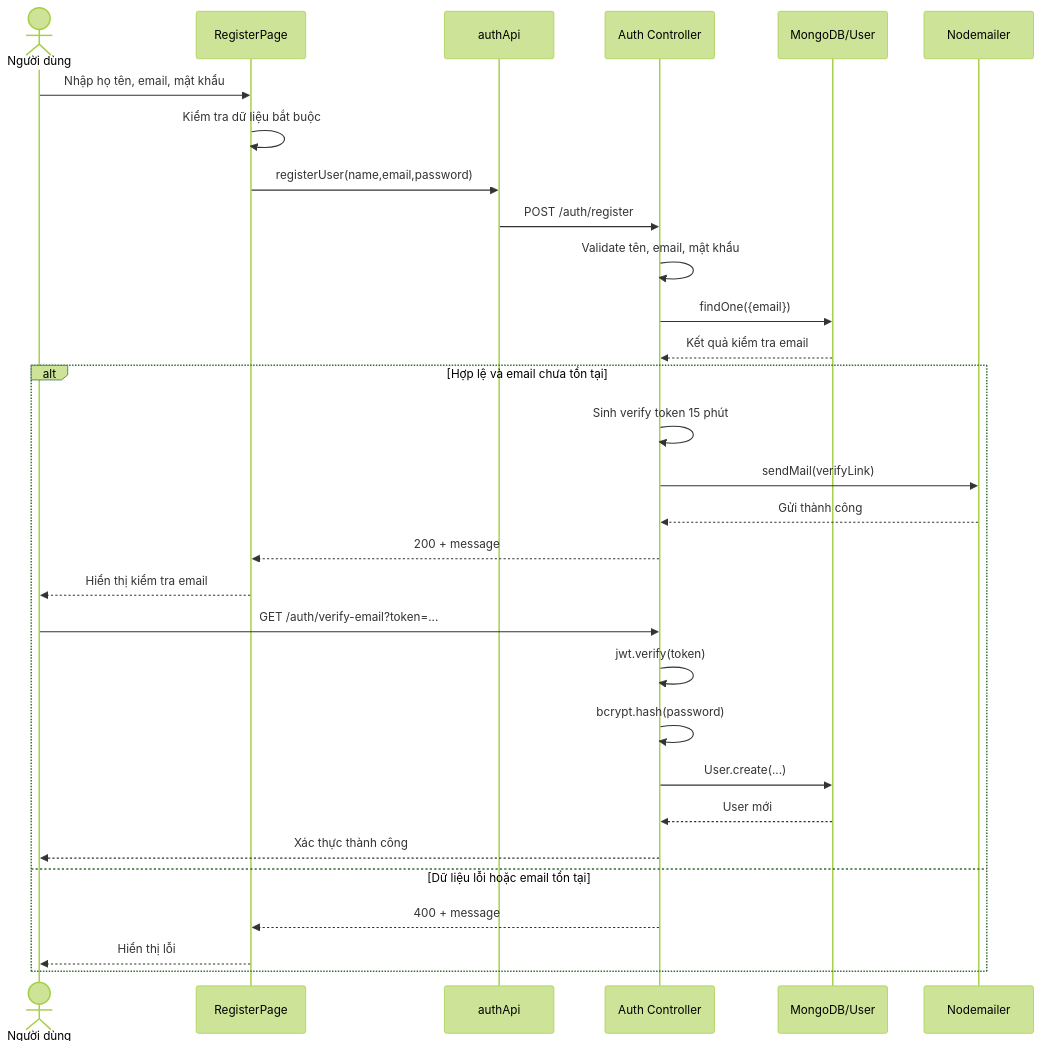
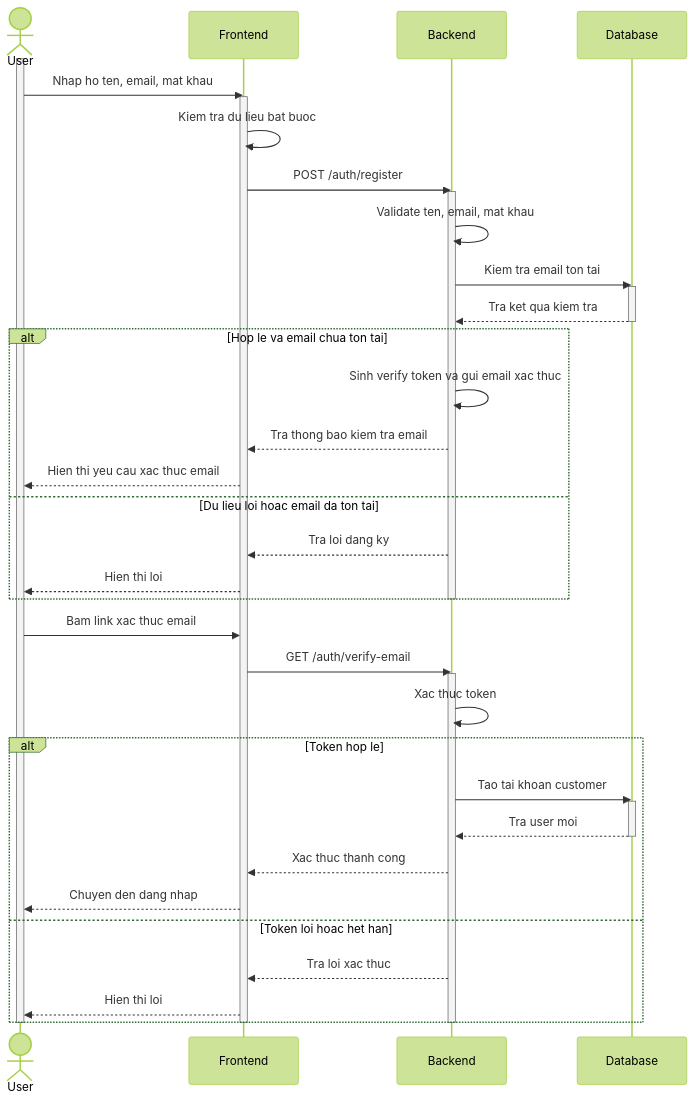
One commit to Pvmvn/BE-CDTN changed the tenth of 48 diagrams in docs/usecase-dac-ta-chuc-nang-con-lai.md. Above: the diagram before and after it, drawn with Mermaid (forest theme). The commit also changed other lines of this file and 32 other files, not shown here.

````diff
--- a/docs/usecase-dac-ta-chuc-nang-con-lai.md
+++ b/docs/usecase-dac-ta-chuc-nang-con-lai.md
@@ -76,32 +1208,47 @@
 ```mermaid
 sequenceDiagram
-  actor User as Người dùng
-  participant FE as RegisterPage
-  participant AuthAPI as authApi
-  participant Auth as Auth Controller
-  participant DB as MongoDB/User
-  participant Mail as Nodemailer
-  User->>FE: Nhập họ tên, email, mật khẩu
-  FE->>FE: Kiểm tra dữ liệu bắt buộc
-  FE->>AuthAPI: registerUser(name,email,password)
-  AuthAPI->>Auth: POST /auth/register
-  Auth->>Auth: Validate tên, email, mật khẩu
-  Auth->>DB: findOne({email})
-  DB-->>Auth: Kết quả kiểm tra email
-  alt Hợp lệ và email chưa tồn tại
-    Auth->>Auth: Sinh verify token 15 phút
-    Auth->>Mail: sendMail(verifyLink)
-    Mail-->>Auth: Gửi thành công
-    Auth-->>FE: 200 + message
-    FE-->>User: Hiển thị kiểm tra email
-    User->>Auth: GET /auth/verify-email?token=...
-    Auth->>Auth: jwt.verify(token)
-    Auth->>Auth: bcrypt.hash(password)
-    Auth->>DB: User.create(...)
-    DB-->>Auth: User mới
-    Auth-->>User: Xác thực thành công
-  else Dữ liệu lỗi hoặc email tồn tại
-    Auth-->>FE: 400 + message
-    FE-->>User: Hiển thị lỗi
+  actor User as User
+  participant FE as Frontend
+  participant BE as Backend
+  participant DB as Database
+
+  activate User
+  User->>FE: Nhap ho ten, email, mat khau
+  activate FE
+  FE->>FE: Kiem tra du lieu bat buoc
+  FE->>BE: POST /auth/register
+  activate BE
+  BE->>BE: Validate ten, email, mat khau
+  BE->>DB: Kiem tra email ton tai
+  activate DB
+  DB-->>BE: Tra ket qua kiem tra
+  deactivate DB
+  alt Hop le va email chua ton tai
+    BE->>BE: Sinh verify token va gui email xac thuc
+    BE-->>FE: Tra thong bao kiem tra email
+    FE-->>User: Hien thi yeu cau xac thuc email
+  else Du lieu loi hoac email da ton tai
+    BE-->>FE: Tra loi dang ky
+    FE-->>User: Hien thi loi
   end
+  deactivate BE
+
+  User->>FE: Bam link xac thuc email
+  FE->>BE: GET /auth/verify-email
+  activate BE
+  BE->>BE: Xac thuc token
+  alt Token hop le
+    BE->>DB: Tao tai khoan customer
+    activate DB
+    DB-->>BE: Tra user moi
+    deactivate DB
+    BE-->>FE: Xac thuc thanh cong
+    FE-->>User: Chuyen den dang nhap
+  else Token loi hoac het han
+    BE-->>FE: Tra loi xac thuc
+    FE-->>User: Hien thi loi
+  end
+  deactivate BE
+  deactivate FE
+  deactivate User
 ```
````
